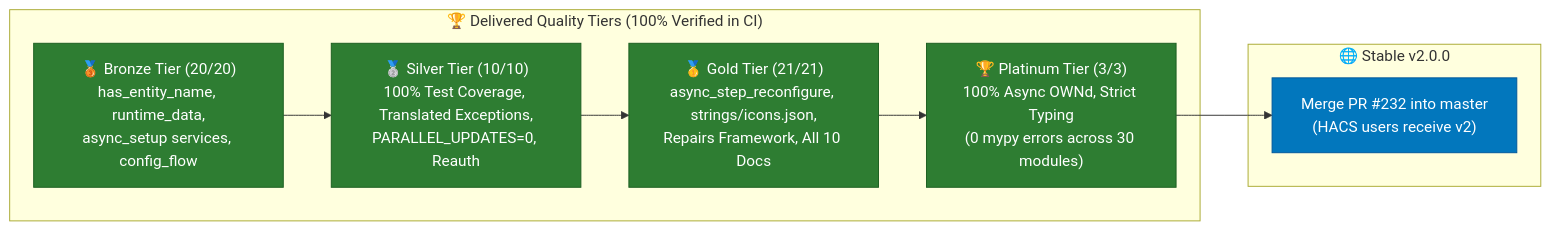
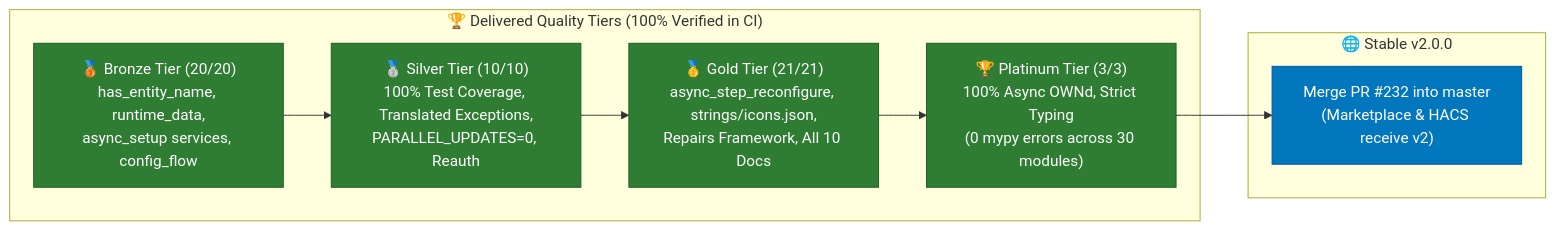
Before and after one commit to OpenWebNet-HA/MyHOME: the second of 3 diagrams in ROADMAP.md, drawn with Mermaid. The commit also changed other lines of this file and 11 other files, not shown here.

````diff
--- a/ROADMAP.md
+++ b/ROADMAP.md
@@ -174,20 +174,20 @@
 ```mermaid
 graph LR
     subgraph DeliveredTiers["🏆 Delivered Quality Tiers (100% Verified in CI)"]
         B["🥉 Bronze Tier (20/20)<br/>has_entity_name, runtime_data,<br/>async_setup services, config_flow"]
         S["🥈 Silver Tier (10/10)<br/>100% Test Coverage, Translated Exceptions,<br/>PARALLEL_UPDATES=0, Reauth"]
         G["🥇 Gold Tier (21/21)<br/>async_step_reconfigure, strings/icons.json,<br/>Repairs Framework, All 10 Docs"]
         P["🏆 Platinum Tier (3/3)<br/>100% Async OWNd, Strict Typing<br/>(0 mypy errors across 30 modules)"]
         B --> S --> G --> P
     end
 
     subgraph Release["🌐 Stable v2.0.0"]
-        U2["Merge PR #232 into master<br/>(HACS users receive v2)"]
+        U2["Merge PR #232 into master<br/>(Marketplace & HACS receive v2)"]
         P --> U2
     end
 
     classDef done fill:#2e7d32,stroke:#1b5e20,color:#ffffff;
     classDef pending fill:#0277bd,stroke:#01579b,color:#ffffff;
     class B,S,G,P done;
     class U2 pending;
 ```
````
